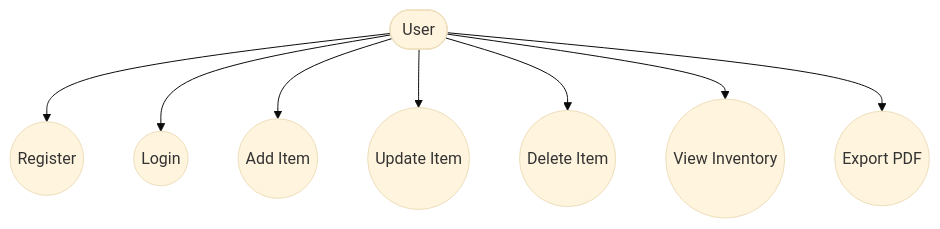
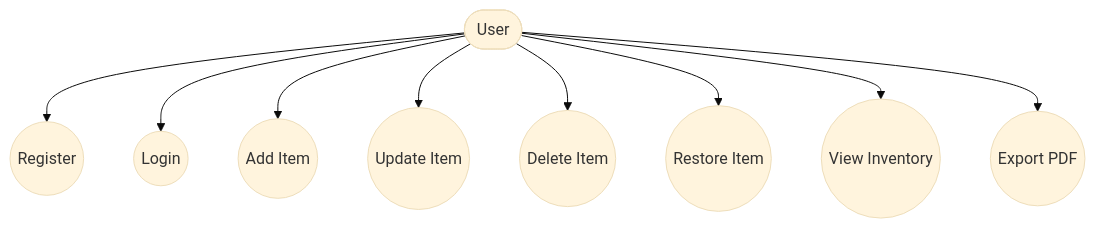
Before and after one commit to camargomau/inventory: the diagram in docs/diagrams/usecase.mermaid, drawn with Mermaid (base theme). The commit also changed 1 other file, not shown here.

Commit message:
docs: add restore functionality to diagrams

```diff
--- a/docs/diagrams/usecase.mermaid
+++ b/docs/diagrams/usecase.mermaid
@@ -1,17 +1,19 @@
 graph TD
     User([User])
     Register((Register))
     Login((Login))
     AddItem((Add Item))
     UpdateItem((Update Item))
     DeleteItem((Delete Item))
+    RestoreItem((Restore Item))
     ViewInventory((View Inventory))
     ExportPDF((Export PDF))
 
     User --> Register
     User --> Login
     User --> AddItem
     User --> UpdateItem
     User --> DeleteItem
+    User --> RestoreItem
     User --> ViewInventory
     User --> ExportPDF
```
